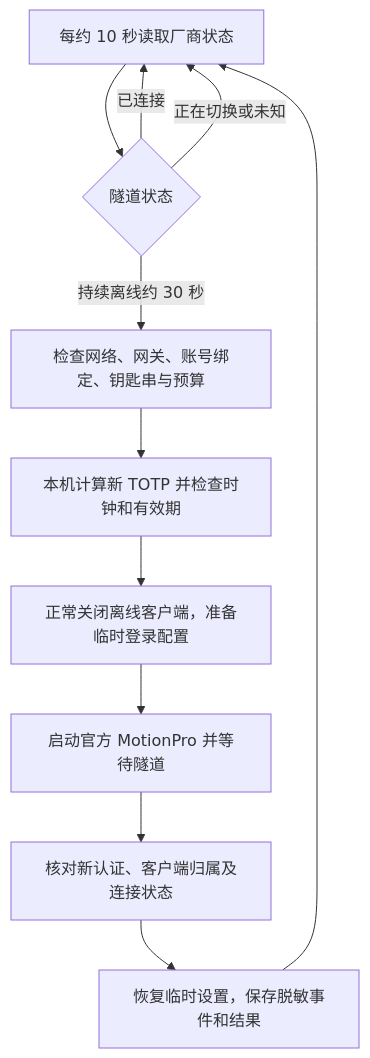
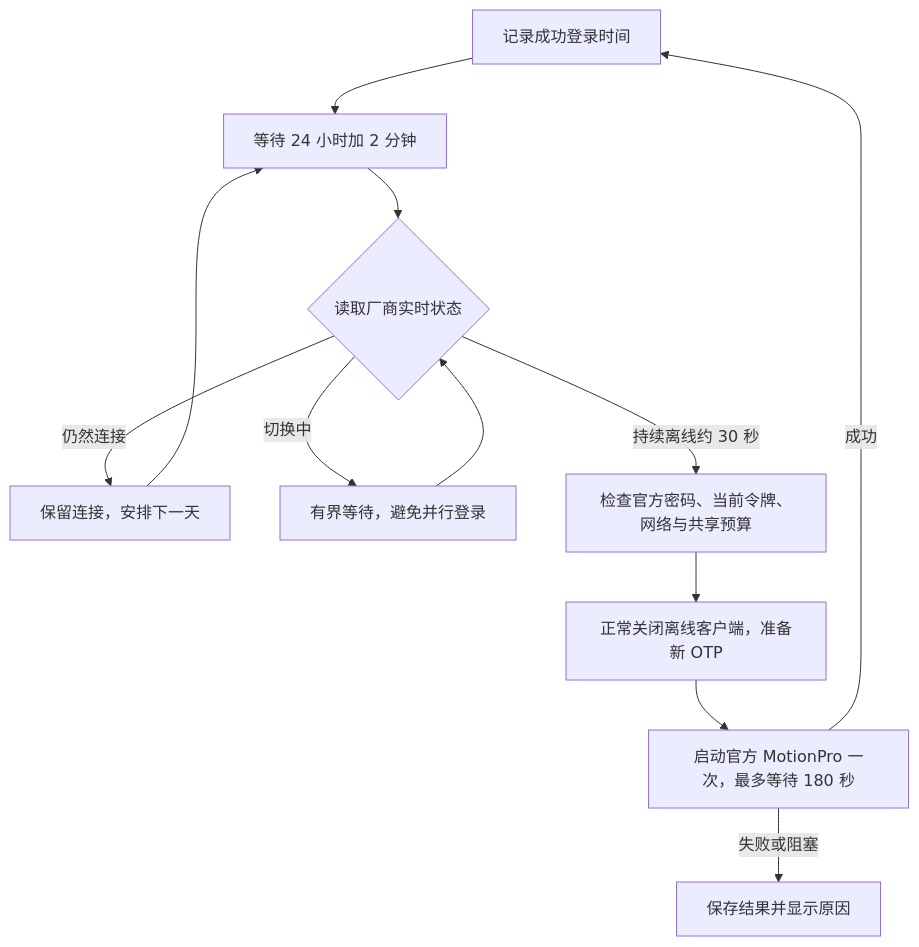
One commit to Iranb/motionpro-guard-open-source changed the diagram in README.md. Above: the diagram before and after it, drawn with Mermaid. The commit also changed other lines of this file and 34 other files, not shown here.

````diff
--- a/README.md
+++ b/README.md
@@ -11,13 +13,14 @@
 ```mermaid
 flowchart TD
-    A[每约 10 秒读取厂商状态] --> B{隧道状态}
-    B -->|已连接| A
-    B -->|正在切换或未知| A
-    B -->|持续离线约 30 秒| C[检查网络、网关、账号绑定、钥匙串与预算]
-    C --> D[本机计算新 TOTP 并检查时钟和有效期]
-    D --> E[正常关闭离线客户端，准备临时登录配置]
-    E --> F[启动官方 MotionPro 并等待隧道]
-    F --> G[核对新认证、客户端归属及连接状态]
-    G --> H[恢复临时设置，保存脱敏事件和结果]
-    H --> A
+    A[记录成功登录时间] --> B[等待 24 小时加 2 分钟]
+    B --> C{读取厂商实时状态}
+    C -->|仍然连接| D[保留连接，安排下一天]
+    D --> B
+    C -->|切换中| E[有界等待，避免并行登录]
+    E --> C
+    C -->|持续离线约 30 秒| F[检查官方密码、当前令牌、网络与共享预算]
+    F --> G[正常关闭离线客户端，准备新 OTP]
+    G --> H[启动官方 MotionPro 一次，最多等待 180 秒]
+    H -->|成功| A
+    H -->|失败或阻塞| I[保存结果并显示原因]
 ```
````
